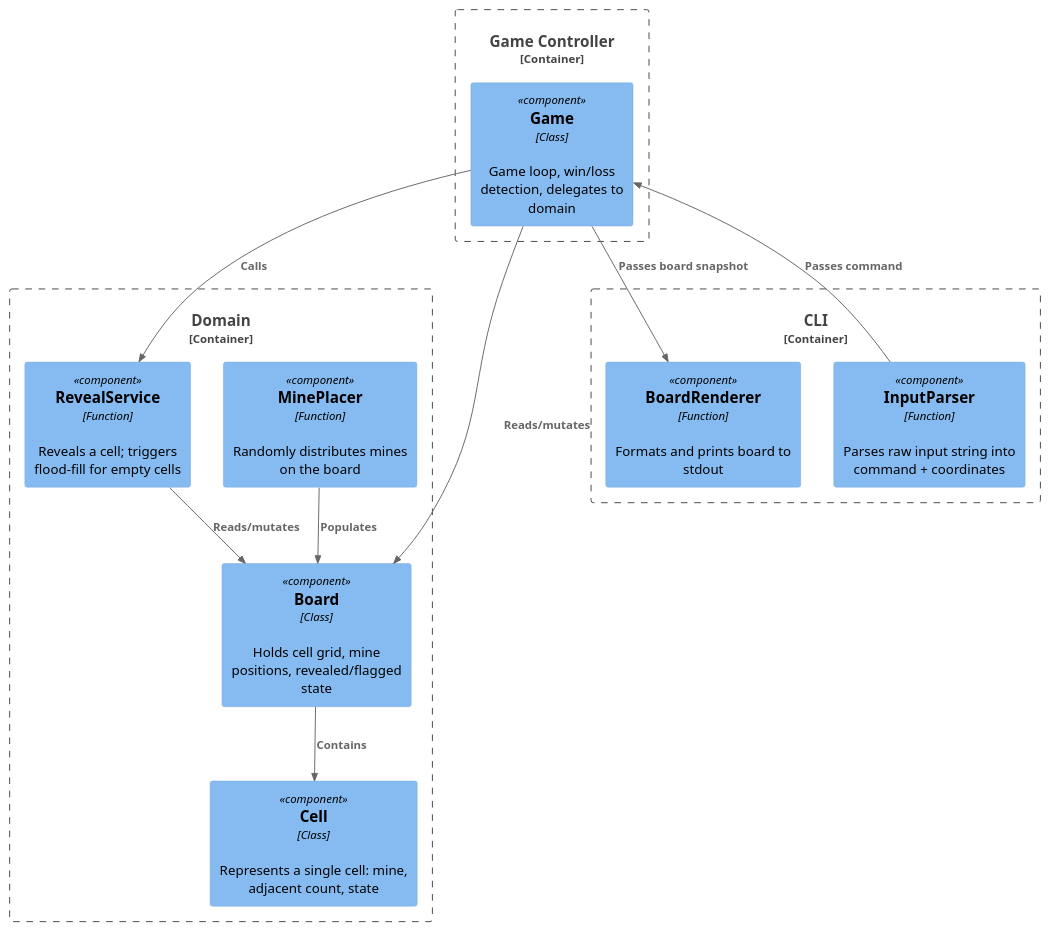
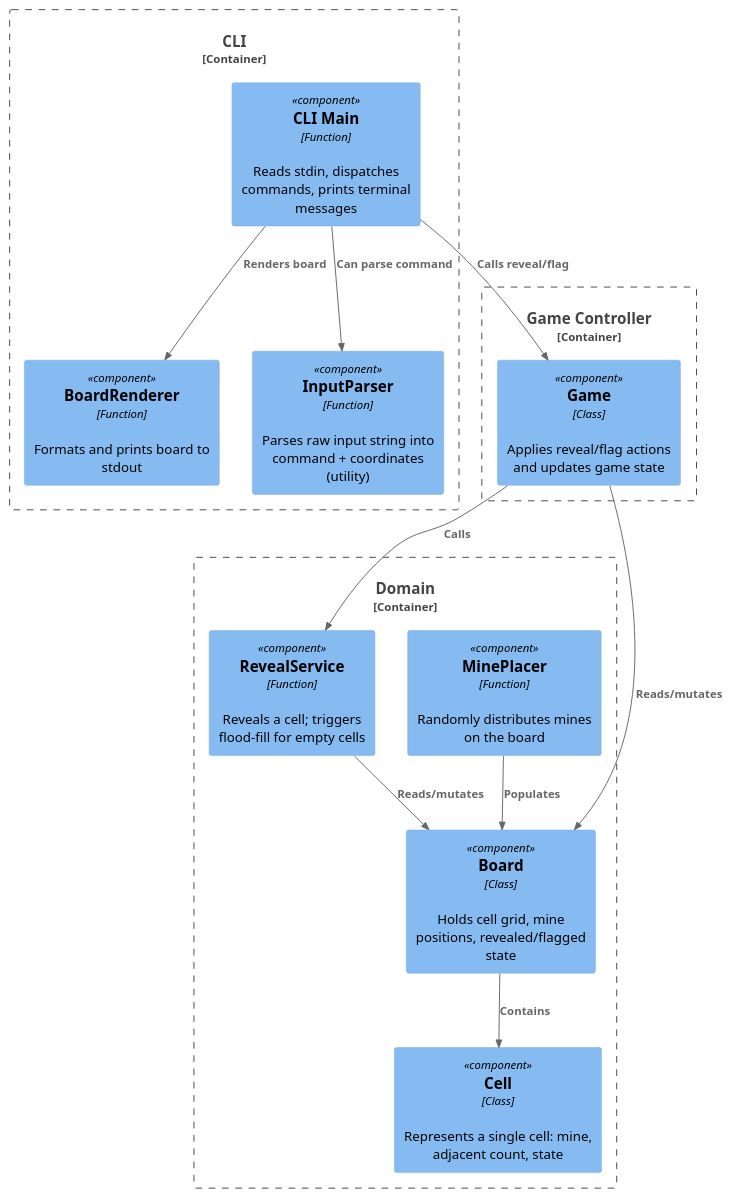
One commit to ktzjana/sdp-powered-by-ai-agents-jana-petrovic changed the diagram in docs/architecture/diagrams/c4-component.puml. Above: the diagram before and after it, drawn with PlantUML. The commit also changed 17 other files, not shown here.

Commit message:
docs: align architecture docs and diagrams with current minesweeper code

```diff
--- a/docs/architecture/diagrams/c4-component.puml
+++ b/docs/architecture/diagrams/c4-component.puml
@@ -1,28 +1,30 @@
 @startuml c4-component
 !include c4-lib/C4_Component.puml
 
 Container_Boundary(domain, "Domain") {
   Component(board, "Board", "Class", "Holds cell grid, mine positions, revealed/flagged state")
   Component(cell, "Cell", "Class", "Represents a single cell: mine, adjacent count, state")
   Component(mine_placer, "MinePlacer", "Function", "Randomly distributes mines on the board")
   Component(reveal, "RevealService", "Function", "Reveals a cell; triggers flood-fill for empty cells")
 }
 
 Container_Boundary(ctrl, "Game Controller") {
-  Component(game, "Game", "Class", "Game loop, win/loss detection, delegates to domain")
+  Component(game, "Game", "Class", "Applies reveal/flag actions and updates game state")
 }
 
 Container_Boundary(cli_layer, "CLI") {
+  Component(cli_main, "CLI Main", "Function", "Reads stdin, dispatches commands, prints terminal messages")
   Component(renderer, "BoardRenderer", "Function", "Formats and prints board to stdout")
-  Component(parser, "InputParser", "Function", "Parses raw input string into command + coordinates")
+  Component(parser, "InputParser", "Function", "Parses raw input string into command + coordinates (utility)")
 }
 
 Rel(game, board, "Reads/mutates")
 Rel(game, reveal, "Calls")
 Rel(reveal, board, "Reads/mutates")
 Rel(board, cell, "Contains")
 Rel(mine_placer, board, "Populates")
-Rel(parser, game, "Passes command")
-Rel(game, renderer, "Passes board snapshot")
+Rel(cli_main, game, "Calls reveal/flag")
+Rel(cli_main, renderer, "Renders board")
+Rel(cli_main, parser, "Can parse command")
 
 @enduml
```
